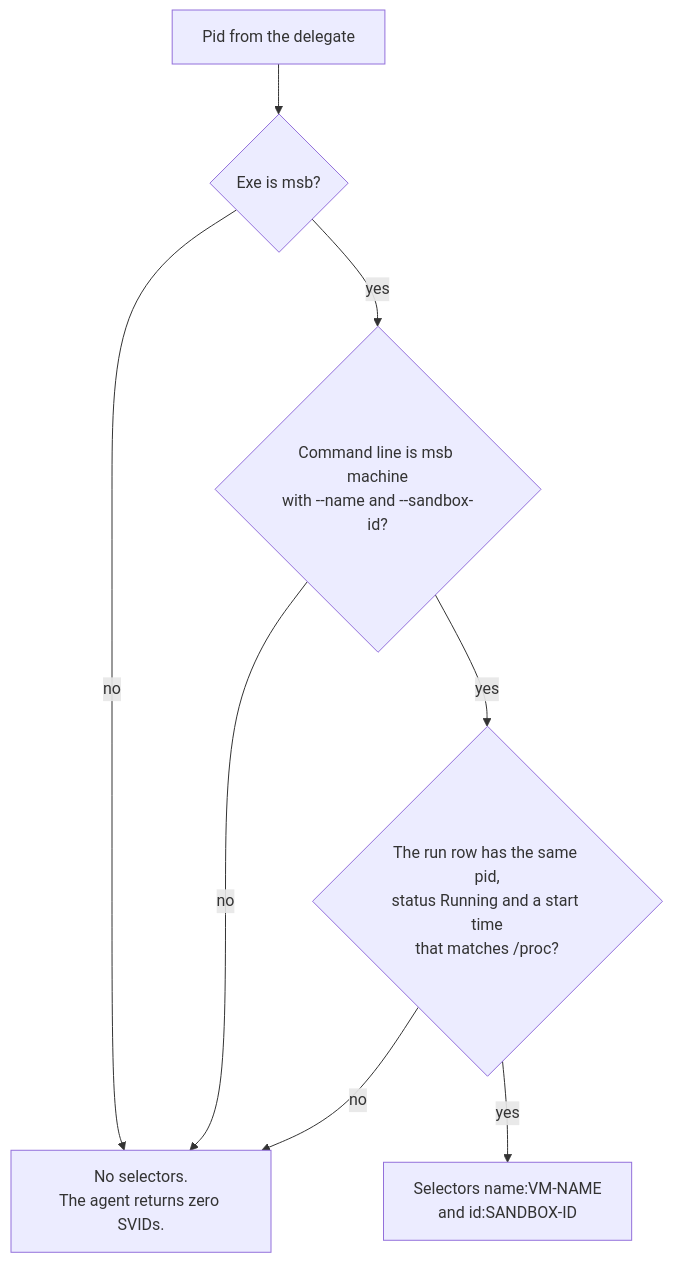
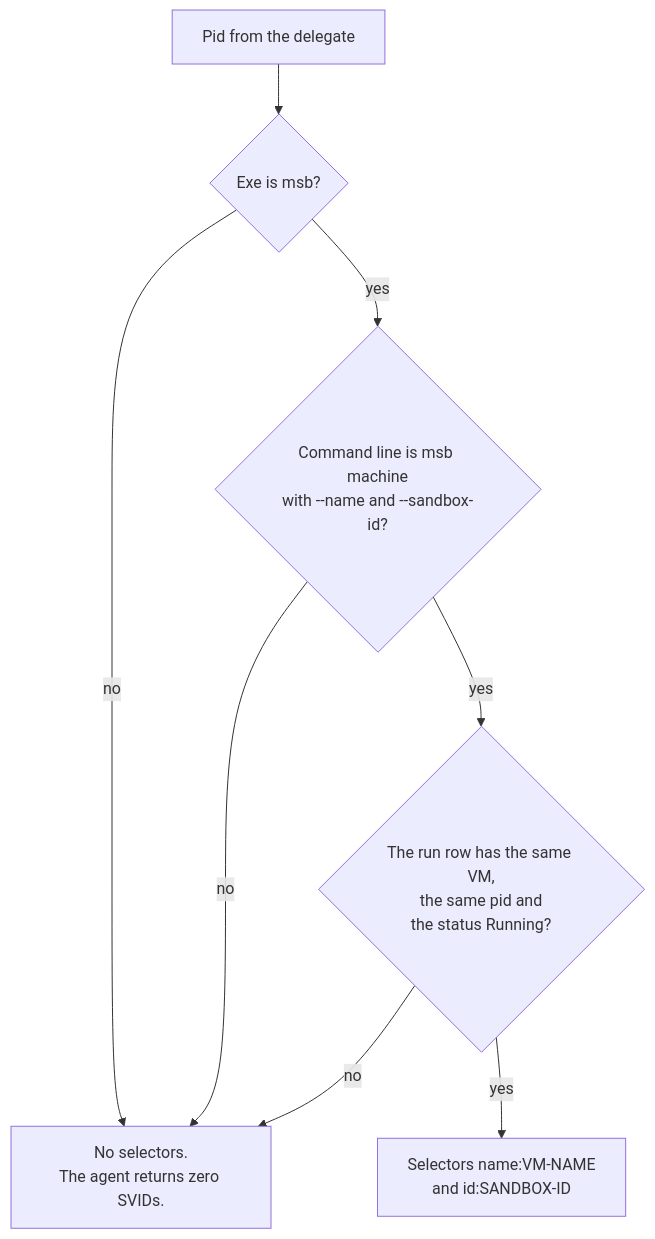
The fourth of 5 diagrams in code/agent-workload-identity/docs/workload-attestation.md (raghav19/engineersdaybook), drawn with Mermaid before and after one commit. The commit also changed other lines of this file and 17 other files, not shown here.

````diff
--- a/code/agent-workload-identity/docs/workload-attestation.md
+++ b/code/agent-workload-identity/docs/workload-attestation.md
@@ -97,10 +97,10 @@
 ```mermaid
 flowchart TD
     pid["Pid from the delegate"] --> c1{"Exe is msb?"}
     c1 -->|no| refuse["No selectors.<br/>The agent returns zero SVIDs."]
     c1 -->|yes| c2{"Command line is msb machine<br/>with --name and --sandbox-id?"}
     c2 -->|no| refuse
-    c2 -->|yes| c3{"The run row has the same pid,<br/>status Running and a start time<br/>that matches /proc?"}
+    c2 -->|yes| c3{"The run row has the same VM,<br/>the same pid and<br/>the status Running?"}
     c3 -->|no| refuse
     c3 -->|yes| ok["Selectors name:VM-NAME<br/>and id:SANDBOX-ID"]
 ```
````
